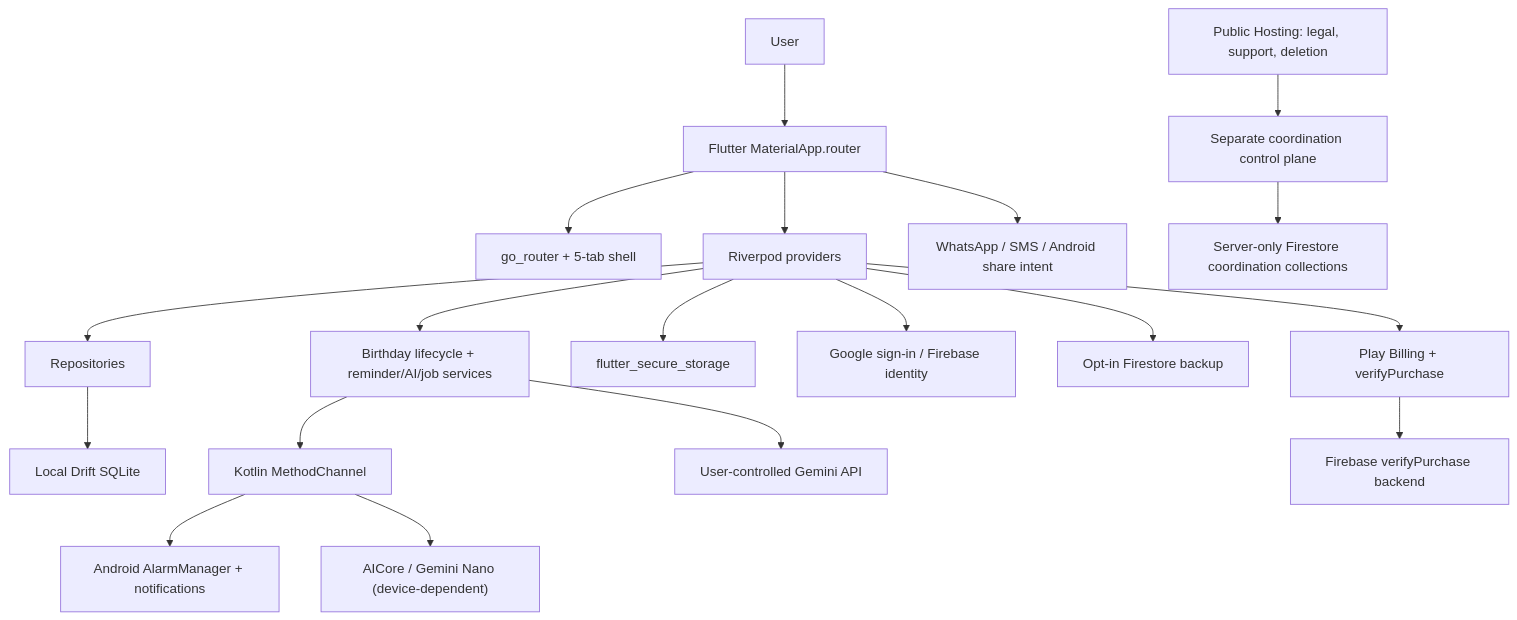
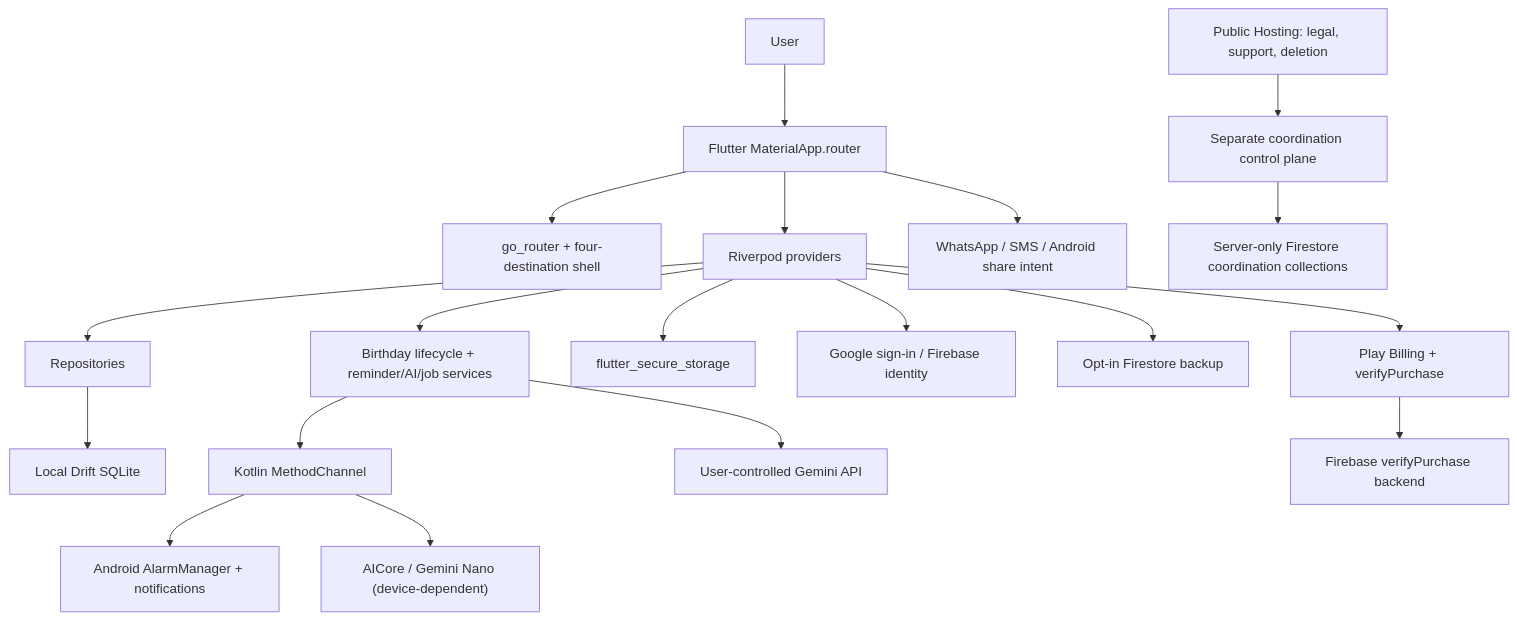
One commit to yhsomani/AI-Birthday changed the first of 4 diagrams in docs/knowledge/architecture/README.md. Above: the diagram before and after it, drawn with Mermaid. The commit also changed other lines of this file and 27 other files, not shown here.

````diff
--- a/docs/knowledge/architecture/README.md
+++ b/docs/knowledge/architecture/README.md
@@ -7,21 +7,21 @@
 ```mermaid
 flowchart TD
   User["User"] --> Flutter["Flutter MaterialApp.router"]
-  Flutter --> Router["go_router + 5-tab shell"]
+  Flutter --> Router["go_router + four-destination shell"]
   Flutter --> River["Riverpod providers"]
   River --> Life["Birthday lifecycle + reminder/AI/job services"]
   River --> Repos["Repositories"]
   Repos --> Drift["Local Drift SQLite"]
   River --> Vault["flutter_secure_storage"]
   Life --> Native["Kotlin MethodChannel"]
   Native --> Alarm["Android AlarmManager + notifications"]
   Native --> Nano["AICore / Gemini Nano (device-dependent)"]
   Life --> Gemini["User-controlled Gemini API"]
   Flutter --> External["WhatsApp / SMS / Android share intent"]
   River --> Auth["Google sign-in / Firebase identity"]
   River --> Sync["Opt-in Firestore backup"]
   River --> Billing["Play Billing + verifyPurchase"]
   Billing --> Function["Firebase verifyPurchase backend"]
   Extra["Separate coordination control plane"] --> DB2["Server-only Firestore coordination collections"]
   Site["Public Hosting: legal, support, deletion"] --> Extra
 ```
````
